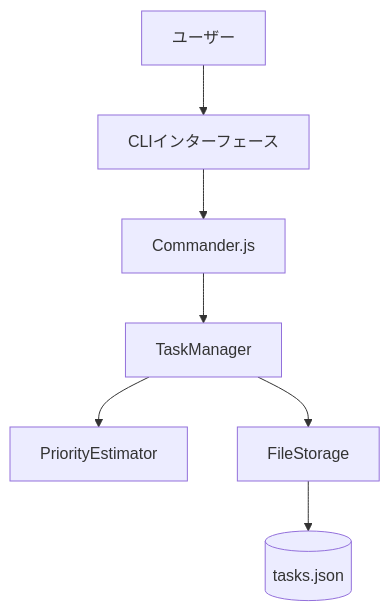
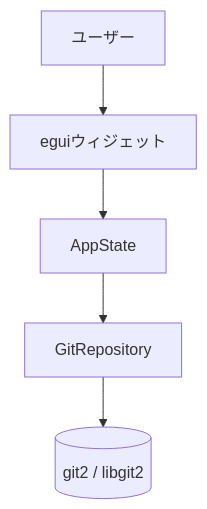
The second of 4 diagrams in .claude/skills/functional-design/guide.md (n-yata/gitwit), drawn with Mermaid before and after one commit. The commit also changed other lines of this file and 15 other files, not shown here.

````diff
--- a/.claude/skills/functional-design/guide.md
+++ b/.claude/skills/functional-design/guide.md
@@ -50,17 +50,13 @@
 ```mermaid
 graph TB
     User[ユーザー]
-    CLI[CLIインターフェース]
-    Commander[Commander.js]
-    TaskManager[TaskManager]
-    PriorityEstimator[PriorityEstimator]
-    FileStorage[FileStorage]
-    JSON[(tasks.json)]
+    UI[eguiウィジェット]
+    AppState[AppState]
+    GitRepository[GitRepository]
+    Libgit2[(git2 / libgit2)]
 
-    User --> CLI
-    CLI --> Commander
-    Commander --> TaskManager
-    TaskManager --> PriorityEstimator
-    TaskManager --> FileStorage
-    FileStorage --> JSON
+    User --> UI
+    UI --> AppState
+    AppState --> GitRepository
+    GitRepository --> Libgit2
 ```
````
